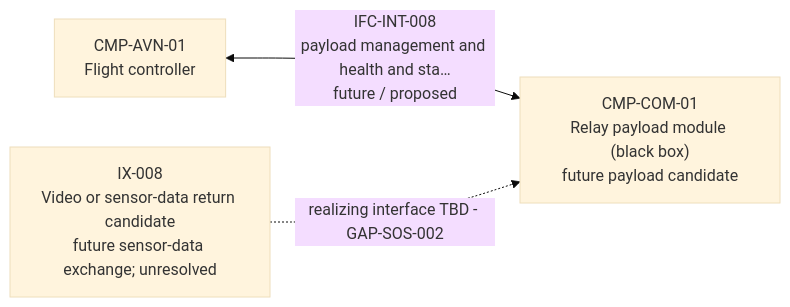
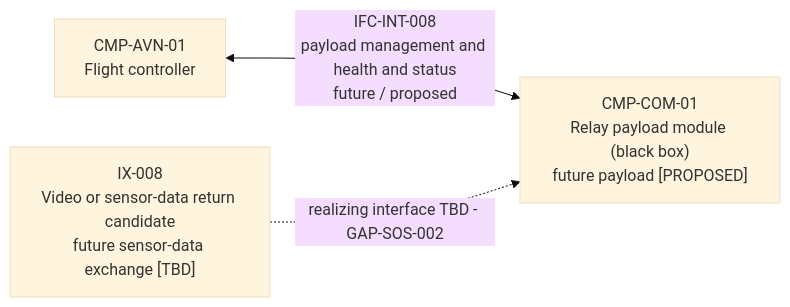
One commit to noahstephenson/low-cost-relay-uas changed the ninth of 17 diagrams in reports/architecture-views.md. Above: the diagram before and after it, drawn with Mermaid (base theme). The commit also changed other lines of this file and 28 other files, not shown here.

Commit message:
Simplify and consolidate architecture repository

````diff
--- a/reports/architecture-views.md
+++ b/reports/architecture-views.md
@@ -209,9 +209,9 @@
 ```mermaid
 flowchart LR
     %% Configuration scope: CFG-DIG / CFG-SOS only
     CMP_AVN_01["CMP-AVN-01<br/>Flight controller"]
-    CMP_COM_01["CMP-COM-01<br/>Relay payload module (black box)<br/>future payload candidate"]
-    CMP_AVN_01 <-->|"IFC-INT-008<br/>payload management and health and sta…<br/>future / proposed"| CMP_COM_01
-    IX_008["IX-008<br/>Video or sensor-data return candidate<br/>future sensor-data exchange; unresolved"]
+    CMP_COM_01["CMP-COM-01<br/>Relay payload module (black box)<br/>future payload [PROPOSED]"]
+    CMP_AVN_01 <-->|"IFC-INT-008<br/>payload management and health and status<br/>future / proposed"| CMP_COM_01
+    IX_008["IX-008<br/>Video or sensor-data return candidate<br/>future sensor-data exchange [TBD]"]
     IX_008 -.->|"realizing interface TBD - GAP-SOS-002"| CMP_COM_01
 ```
````
